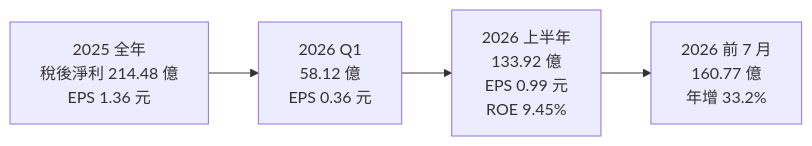
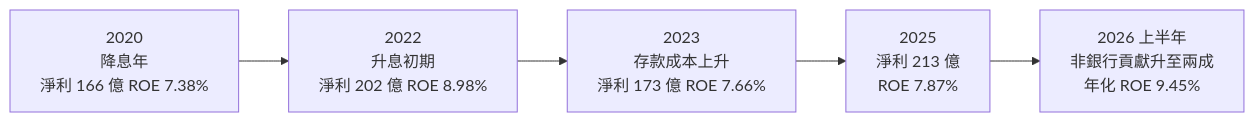
Before and after one commit to wangnick1004/taiwan-stock-vault: the third of 4 diagrams in 個股/台股/5880合庫金.md, drawn with Mermaid. The commit also changed other lines of this file and 6 other files, not shown here.

````diff
--- a/個股/台股/5880合庫金.md
+++ b/個股/台股/5880合庫金.md
@@ -145,4 +146,4 @@
 ```mermaid
 flowchart LR
-    Y["2025 全年<br/>稅後淨利 214.48 億<br/>EPS 1.36 元"] --> Q1["2026 Q1<br/>58.12 億<br/>EPS 0.36 元"] --> H1["2026 上半年<br/>133.92 億<br/>EPS 0.99 元<br/>ROE 9.45%"] --> J7["2026 前 7 月<br/>160.77 億<br/>年增 33.2%"]
+    Y20["2020<br/>降息年<br/>淨利 166 億 ROE 7.38%"] --> Y22["2022<br/>升息初期<br/>淨利 202 億 ROE 8.98%"] --> Y23["2023<br/>存款成本上升<br/>淨利 173 億 ROE 7.66%"] --> Y25["2025<br/>淨利 213 億<br/>ROE 7.87%"] --> H26["2026 上半年<br/>非銀行貢獻升至兩成<br/>年化 ROE 9.45%"]
 ```
````
